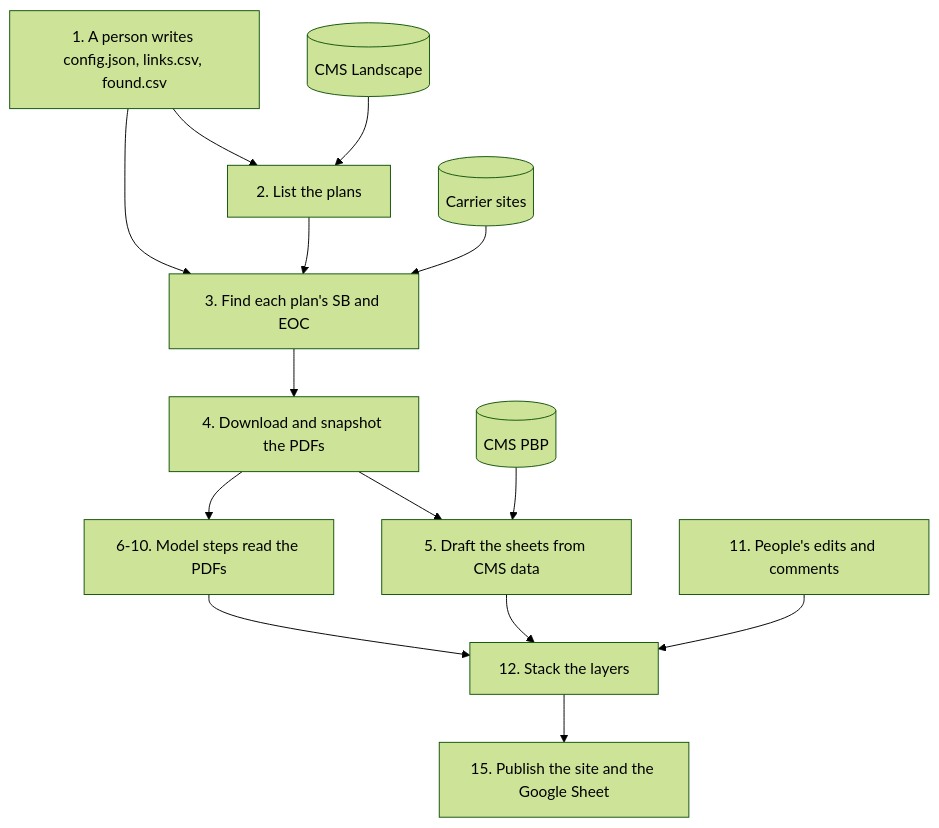
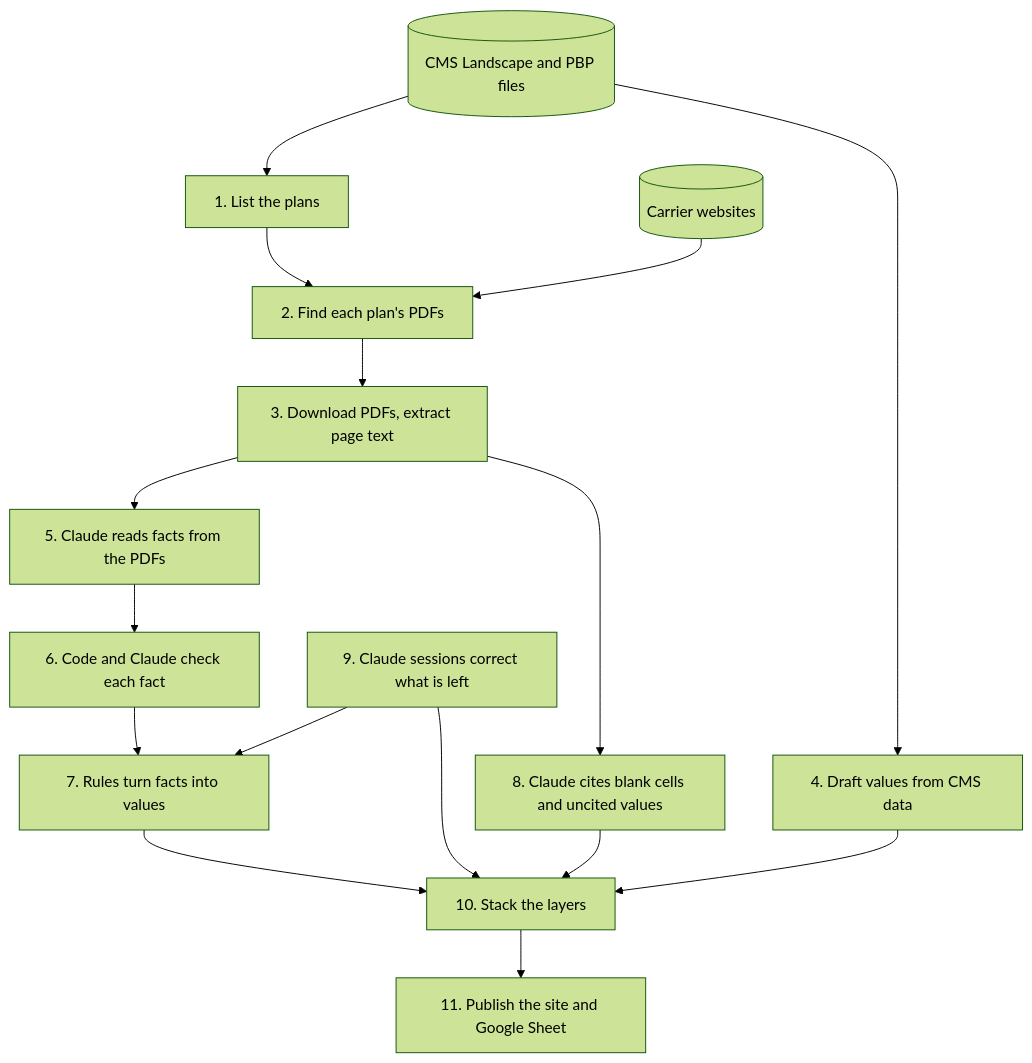
The diagram in docs/pipeline.md (rosenhouse-bot-sandbox/shiba-data), drawn with Mermaid (forest theme) before and after one commit. The commit also changed other lines of this file, not shown here.

First line of the commit message:
Rewrite the pipeline doc to show real data at each step (#173)

````diff
--- a/docs/pipeline.md
+++ b/docs/pipeline.md
@@ -48,16 +46,18 @@
 ```mermaid
 flowchart TD
-  person[1. A person writes config.json, links.csv, found.csv] --> plans[2. List the plans]
-  person --> find
-  landscape[(CMS Landscape)] --> plans
-  plans --> find[3. Find each plan's SB and EOC]
-  carriers[(Carrier sites)] --> find
-  find --> snap[4. Download and snapshot the PDFs]
-  snap --> draft[5. Draft the sheets from CMS data]
-  pbp[(CMS PBP)] --> draft
-  snap --> models[6-10. Model steps read the PDFs]
-  models --> layers[12. Stack the layers]
-  draft --> layers
-  people[11. People's edits and comments] --> layers
-  layers --> publish[15. Publish the site and the Google Sheet]
+  cms[(CMS Landscape and PBP files)] --> plans[1. List the plans]
+  carriers[(Carrier websites)] --> find[2. Find each plan's PDFs]
+  plans --> find
+  find --> text[3. Download PDFs, extract page text]
+  cms --> draft[4. Draft values from CMS data]
+  text --> read[5. Claude reads facts from the PDFs]
+  read --> check[6. Code and Claude check each fact]
+  check --> present[7. Rules turn facts into values]
+  text --> blanks[8. Claude cites blank cells and uncited values]
+  draft --> stack[10. Stack the layers]
+  present --> stack
+  blanks --> stack
+  fix[9. Claude sessions correct what is left] --> present
+  fix --> stack
+  stack --> publish[11. Publish the site and Google Sheet]
 ```
````
